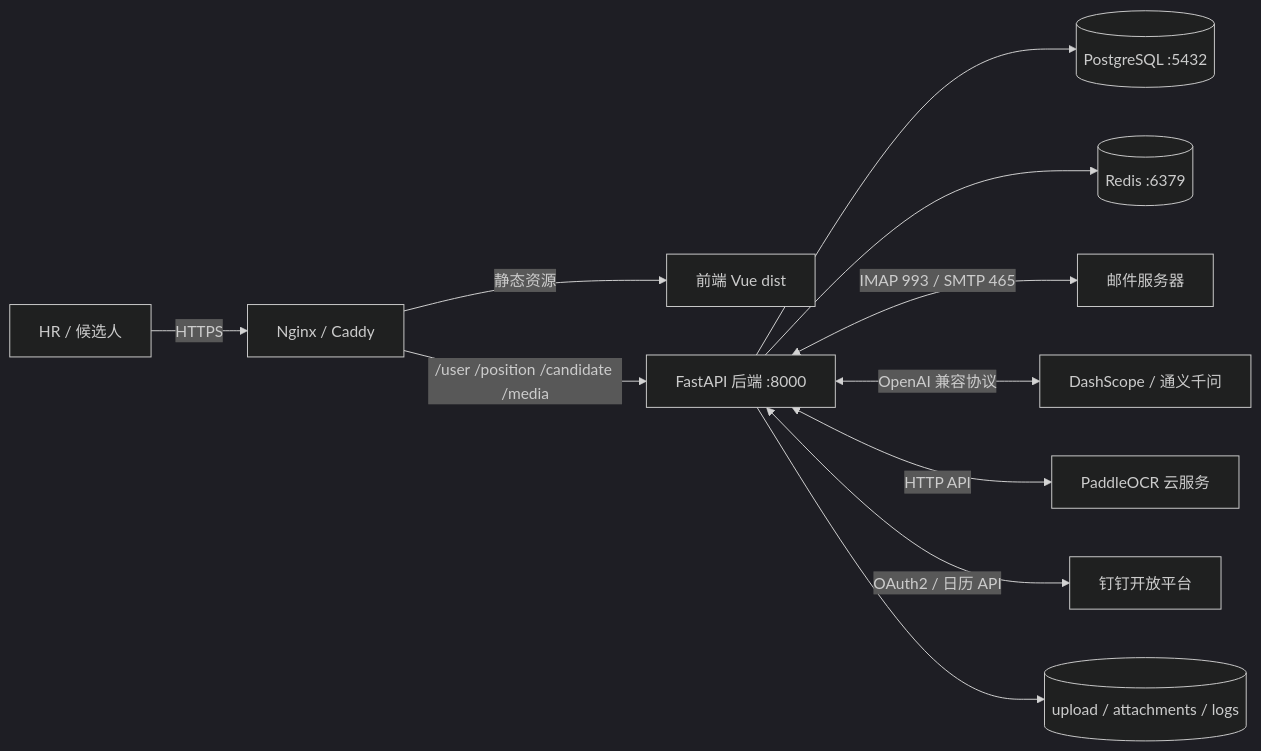
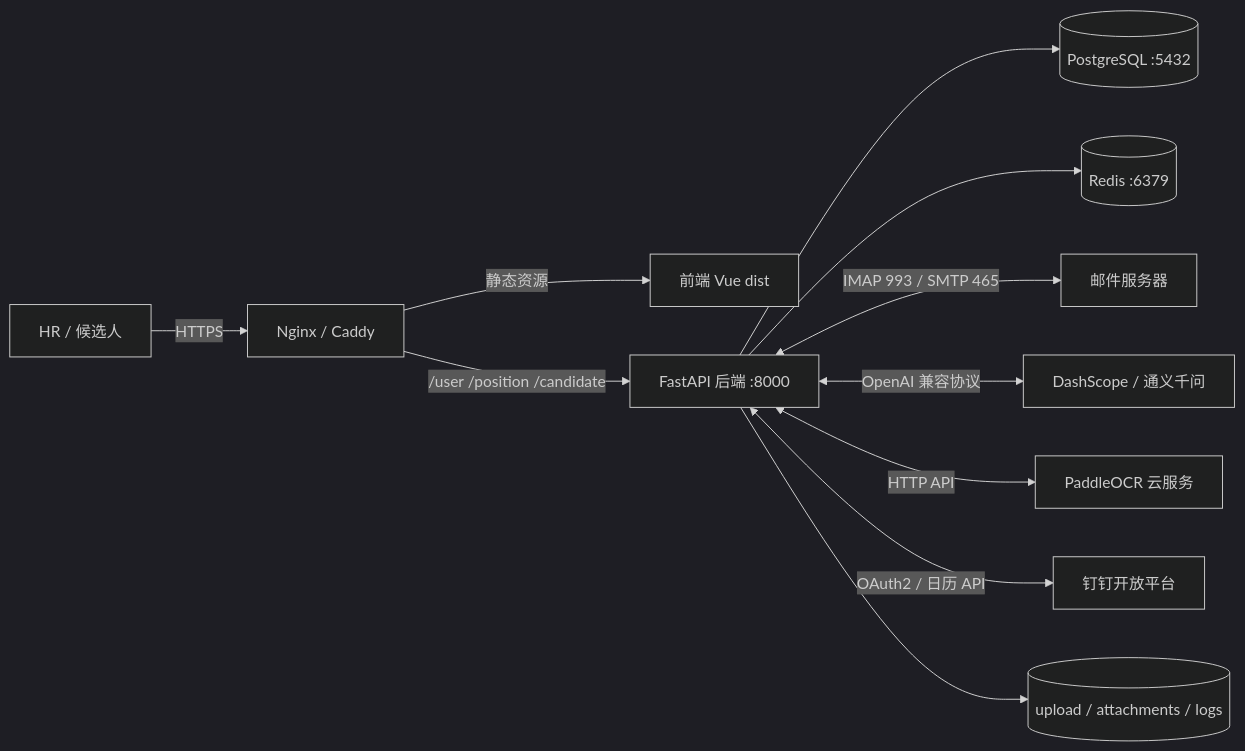
One commit to 1127-jw/SimpleHR changed the diagram in docs/deployment.md. Above: the diagram before and after it, drawn with Mermaid (dark theme). The commit also changed other lines of this file and 204 other files, not shown here.

````diff
--- a/docs/deployment.md
+++ b/docs/deployment.md
@@ -29,13 +29,13 @@
 ```mermaid
 flowchart LR
     U[HR / 候选人] -->|HTTPS| LB[Nginx / Caddy]
     LB -->|静态资源| FE[前端 Vue dist]
-    LB -->|/user /position /candidate /media| BE[FastAPI 后端 :8000]
+    LB -->|/user /position /candidate| BE[FastAPI 后端 :8000]
     BE --> PG[(PostgreSQL :5432)]
     BE --> RD[(Redis :6379)]
     BE <-->|IMAP 993 / SMTP 465| MAIL[邮件服务器]
     BE <-->|OpenAI 兼容协议| LLM[DashScope / 通义千问]
     BE <-->|HTTP API| OCR[PaddleOCR 云服务]
     BE <-->|OAuth2 / 日历 API| DT[钉钉开放平台]
     BE --> FS[(upload / attachments / logs)]
 ```
````
